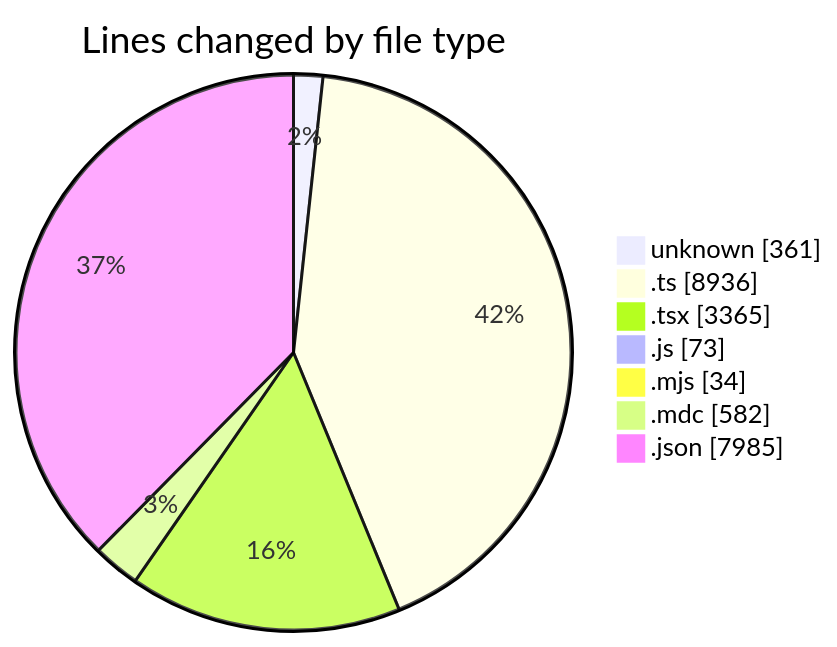
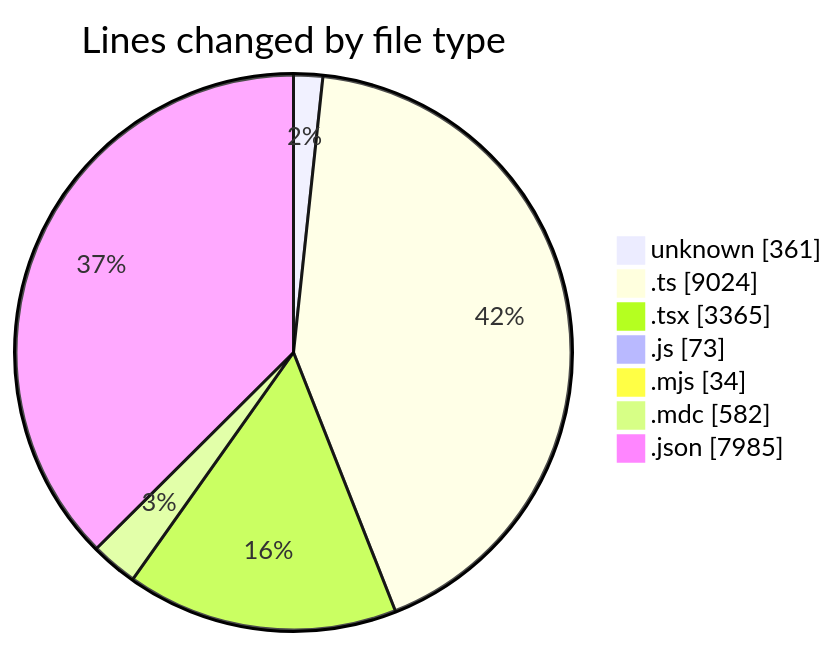
Before and after one commit to CELIANVF/code-tracking: the first of 2 diagrams in 2025-06-13/ecodeli-1/README.md, drawn with Mermaid. The commit also changed other lines of this file and 1 other file, not shown here.

````diff
--- a/2025-06-13/ecodeli-1/README.md
+++ b/2025-06-13/ecodeli-1/README.md
@@ -46,11 +47,11 @@
 ```mermaid
 pie showData
 title Lines changed by file type
 "unknown" : 361
-".ts" : 8936
+".ts" : 9024
 ".tsx" : 3365
 ".js" : 73
 ".mjs" : 34
 ".mdc" : 582
 ".json" : 7985
 ```
````
